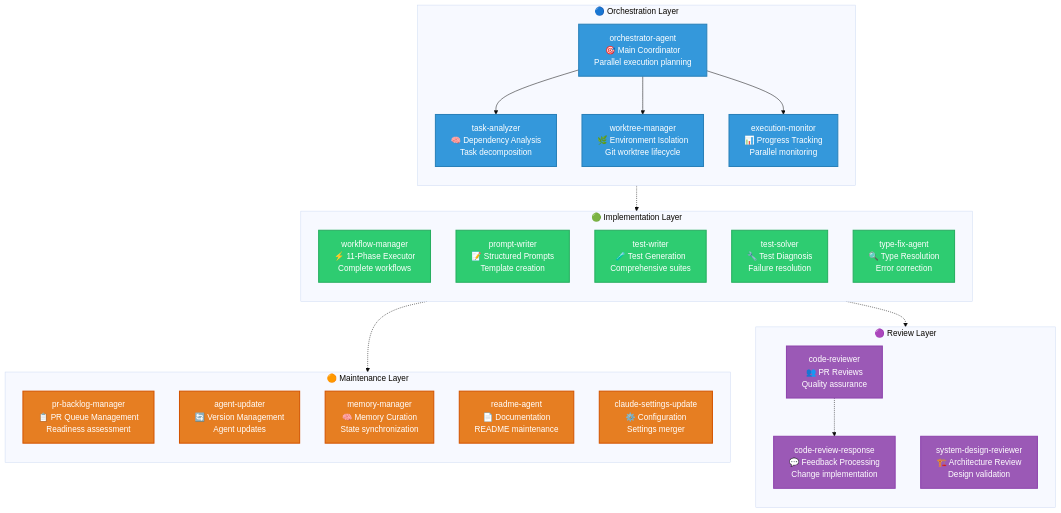
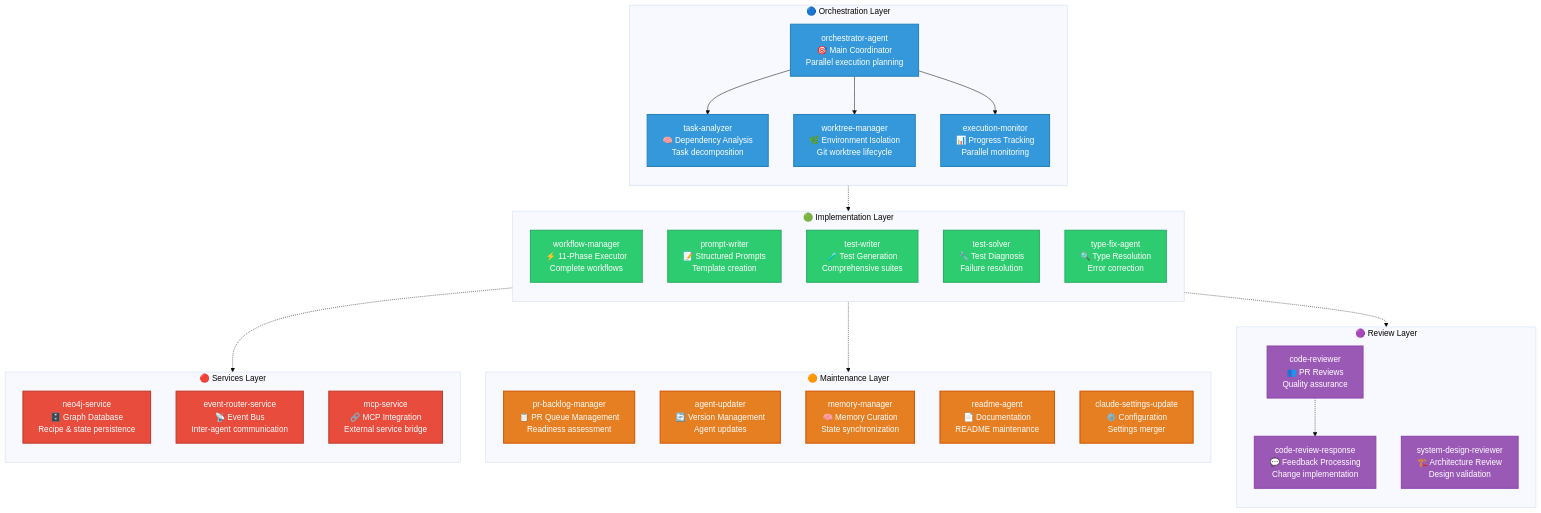
One commit to rysweet/gadugi changed the first of 3 diagrams in README.md. Above: the diagram before and after it, drawn with Mermaid (base theme). The commit also changed other lines of this file and 18 other files, not shown here.

First line of the commit message:
feat: implement Neo4j service for Gadugi v0.3 persistence layer

````diff
--- a/README.md
+++ b/README.md
@@ -31,56 +31,66 @@
 ```mermaid
 graph TD
     subgraph "🔵 Orchestration Layer"
         direction TB
         OA[orchestrator-agent<br/>🎯 Main Coordinator<br/>Parallel execution planning]
         TA[task-analyzer<br/>🧠 Dependency Analysis<br/>Task decomposition]
         WM[worktree-manager<br/>🌿 Environment Isolation<br/>Git worktree lifecycle]
         EM[execution-monitor<br/>📊 Progress Tracking<br/>Parallel monitoring]
 
         OA --> TA
         OA --> WM
         OA --> EM
     end
 
     subgraph "🟢 Implementation Layer"
         direction TB
         WF[workflow-manager<br/>⚡ 11-Phase Executor<br/>Complete workflows]
         PW[prompt-writer<br/>📝 Structured Prompts<br/>Template creation]
         TW[test-writer<br/>🧪 Test Generation<br/>Comprehensive suites]
         TS[test-solver<br/>🔧 Test Diagnosis<br/>Failure resolution]
         TFA[type-fix-agent<br/>🔍 Type Resolution<br/>Error correction]
     end
 
     subgraph "🟣 Review Layer"
         direction TB
         CR[code-reviewer<br/>👥 PR Reviews<br/>Quality assurance]
         CRR[code-review-response<br/>💬 Feedback Processing<br/>Change implementation]
         SDR[system-design-reviewer<br/>🏗️ Architecture Review<br/>Design validation]
     end
 
     subgraph "🟠 Maintenance Layer"
         direction TB
         PBM[pr-backlog-manager<br/>📋 PR Queue Management<br/>Readiness assessment]
         AU[agent-updater<br/>🔄 Version Management<br/>Agent updates]
         MM[memory-manager<br/>🧠 Memory Curation<br/>State synchronization]
         RA[readme-agent<br/>📄 Documentation<br/>README maintenance]
         CSU[claude-settings-update<br/>⚙️ Configuration<br/>Settings merger]
     end
 
+    subgraph "🔴 Services Layer"
+        direction TB
+        NS[neo4j-service<br/>🗄️ Graph Database<br/>Recipe & state persistence]
+        ERS[event-router-service<br/>📡 Event Bus<br/>Inter-agent communication]
+        MCPS[mcp-service<br/>🔗 MCP Integration<br/>External service bridge]
+    end
+
     %% Inter-layer connections
     OA -.-> WF
     WF -.-> CR
     CR -.-> CRR
     WF -.-> MM
+    WF -.-> NS
 
     %% Styling
     classDef orchestration fill:#3498db,stroke:#2980b9,color:#fff,stroke-width:2px
     classDef implementation fill:#2ecc71,stroke:#27ae60,color:#fff,stroke-width:2px
     classDef review fill:#9b59b6,stroke:#8e44ad,color:#fff,stroke-width:2px
     classDef maintenance fill:#e67e22,stroke:#d35400,color:#fff,stroke-width:2px
+    classDef services fill:#e74c3c,stroke:#c0392b,color:#fff,stroke-width:2px
 
     class OA,TA,WM,EM orchestration
     class WF,PW,TW,TS,TFA implementation
     class CR,CRR,SDR review
     class PBM,AU,MM,RA,CSU maintenance
+    class NS,ERS,MCPS services
 ```
````
